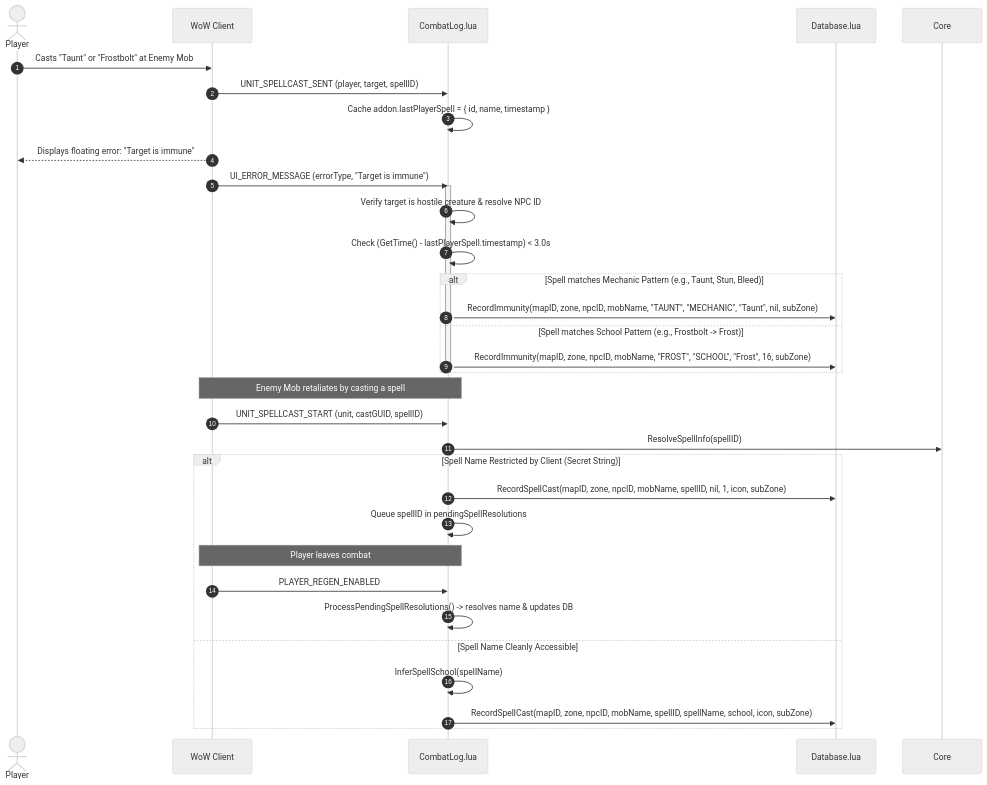
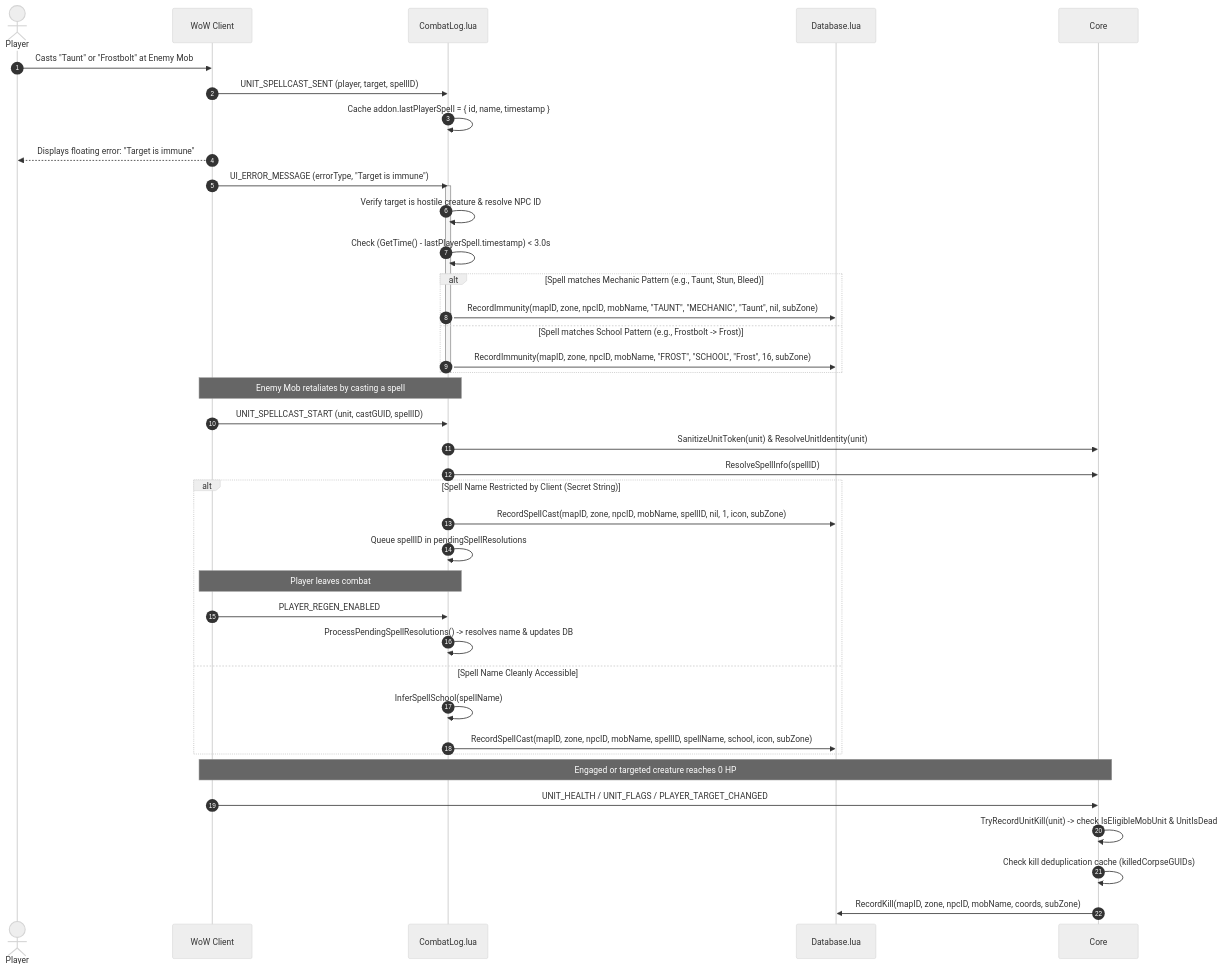
Before and after one commit to bguerre20/AzerothCreatureCompendium: the third of 5 diagrams in docs/ARCHITECTURE.md, drawn with Mermaid (neutral theme). The commit also changed other lines of this file and 7 other files, not shown here.

Commit message:
fix: resolve secret unit token errors and track dungeon mob kills by dungeon name

````diff
--- a/docs/ARCHITECTURE.md
+++ b/docs/ARCHITECTURE.md
@@ -168,41 +168,49 @@
 ```mermaid
 sequenceDiagram
     autonumber
     actor Player
     participant Client as WoW Client
     participant Combat as CombatLog.lua
     participant DB as Database.lua
 
     %% Phase 1: Casting
     Player->>Client: Casts "Taunt" or "Frostbolt" at Enemy Mob
     Client->>Combat: UNIT_SPELLCAST_SENT (player, target, spellID)
     Combat->>Combat: Cache addon.lastPlayerSpell = { id, name, timestamp }
 
     %% Phase 2: Immunity Error
     Client-->>Player: Displays floating error: "Target is immune"
     Client->>Combat: UI_ERROR_MESSAGE (errorType, "Target is immune")
     activate Combat
     Combat->>Combat: Verify target is hostile creature & resolve NPC ID
     Combat->>Combat: Check (GetTime() - lastPlayerSpell.timestamp) < 3.0s
     alt Spell matches Mechanic Pattern (e.g., Taunt, Stun, Bleed)
         Combat->>DB: RecordImmunity(mapID, zone, npcID, mobName, "TAUNT", "MECHANIC", "Taunt", nil, subZone)
     else Spell matches School Pattern (e.g., Frostbolt -> Frost)
         Combat->>DB: RecordImmunity(mapID, zone, npcID, mobName, "FROST", "SCHOOL", "Frost", 16, subZone)
     end
     deactivate Combat
 
     %% Phase 3: Enemy Spell Tracking & Secret Value Handling
     Note over Client,Combat: Enemy Mob retaliates by casting a spell
     Client->>Combat: UNIT_SPELLCAST_START (unit, castGUID, spellID)
+    Combat->>Core: SanitizeUnitToken(unit) & ResolveUnitIdentity(unit)
     Combat->>Core: ResolveSpellInfo(spellID)
     alt Spell Name Restricted by Client (Secret String)
         Combat->>DB: RecordSpellCast(mapID, zone, npcID, mobName, spellID, nil, 1, icon, subZone)
         Combat->>Combat: Queue spellID in pendingSpellResolutions
         Note over Combat,Client: Player leaves combat
         Client->>Combat: PLAYER_REGEN_ENABLED
         Combat->>Combat: ProcessPendingSpellResolutions() -> resolves name & updates DB
     else Spell Name Cleanly Accessible
         Combat->>Combat: InferSpellSchool(spellName)
         Combat->>DB: RecordSpellCast(mapID, zone, npcID, mobName, spellID, spellName, school, icon, subZone)
     end
+
+    %% Phase 4: Real-Time Unit Death Kill Tracking (Open World & Dungeons)
+    Note over Client,Core: Engaged or targeted creature reaches 0 HP
+    Client->>Core: UNIT_HEALTH / UNIT_FLAGS / PLAYER_TARGET_CHANGED
+    Core->>Core: TryRecordUnitKill(unit) -> check IsEligibleMobUnit & UnitIsDead
+    Core->>Core: Check kill deduplication cache (killedCorpseGUIDs)
+    Core->>DB: RecordKill(mapID, zone, npcID, mobName, coords, subZone)
 ```
````
